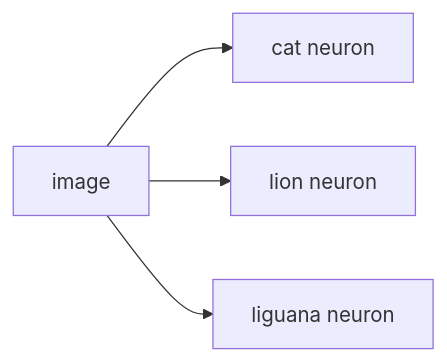
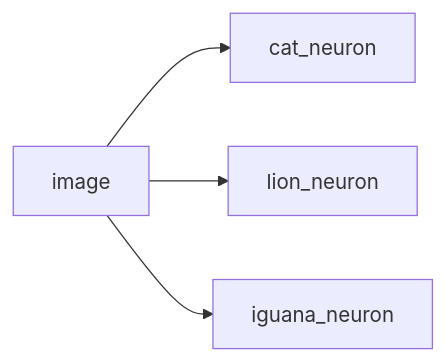
Before and after one commit to eric-117c/noTe: the diagram in note/docs/CS229/神经网络.md, drawn with Mermaid. The commit also changed 1 other file, not shown here.

Commit message:
ADD mermaid blovk

````diff
--- a/note/docs/CS229/神经网络.md
+++ b/note/docs/CS229/神经网络.md
@@ -28,6 +28,6 @@
 ```mermaid
 graph LR
-A[image] --> B[cat neuron]
-A[image] --> C[lion neuron]
-A[image] --> D[liguana neuron]
+    image --> cat_neuron
+    image --> lion_neuron
+    image --> iguana_neuron
 ```
````
